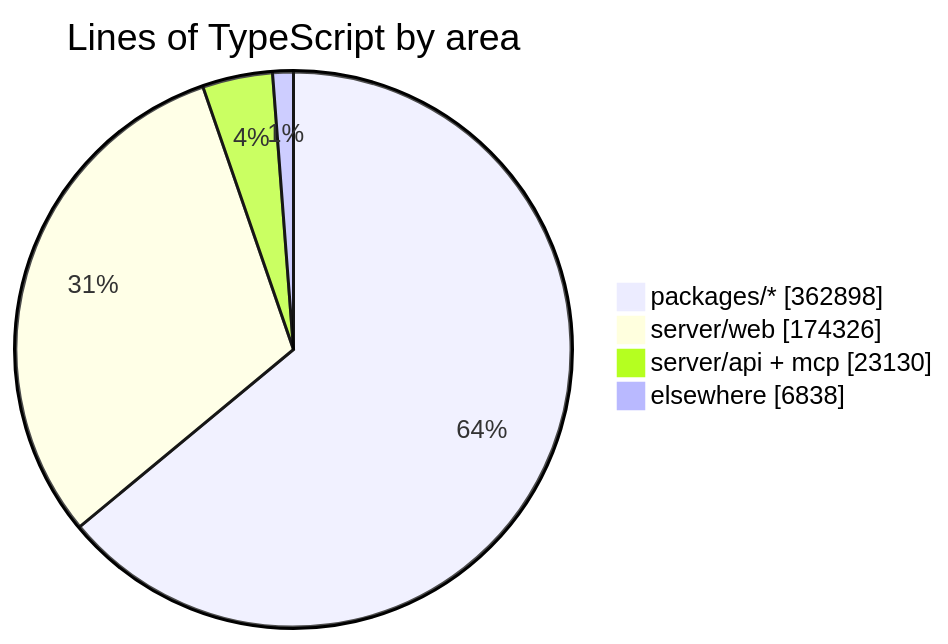
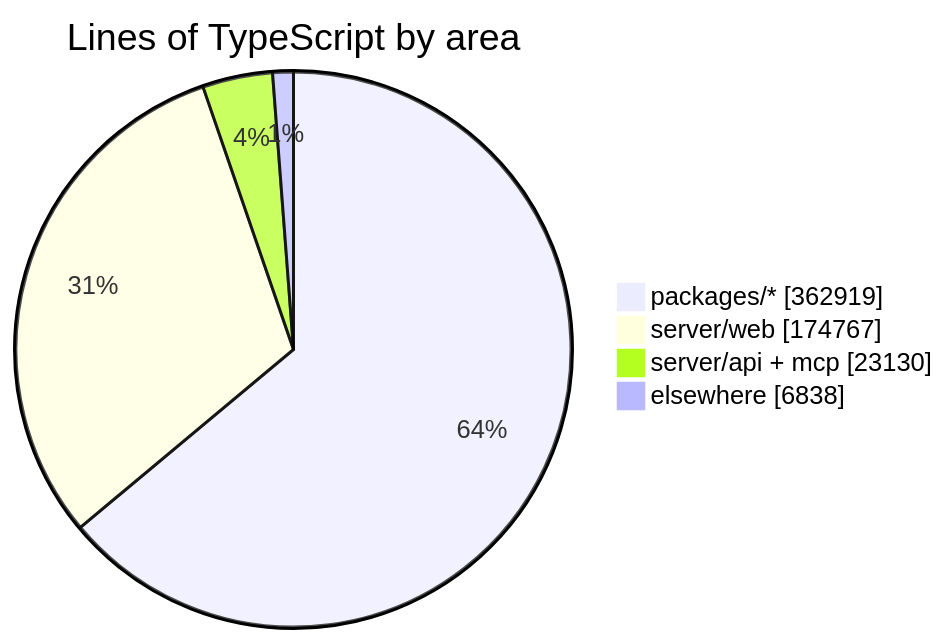
One commit to crossworks-engineering/mantle changed the diagram in README.md. Above: the diagram before and after it, drawn with Mermaid. The commit also changed other lines of this file and 2 other files, not shown here.

````diff
--- a/README.md
+++ b/README.md
@@ -294,7 +294,7 @@
 ```mermaid
 pie showData title Lines of TypeScript by area
-    "packages/*" : 362898
-    "server/web" : 174326
+    "packages/*" : 362919
+    "server/web" : 174767
     "server/api + mcp" : 23130
     "elsewhere" : 6838
 ```
````
